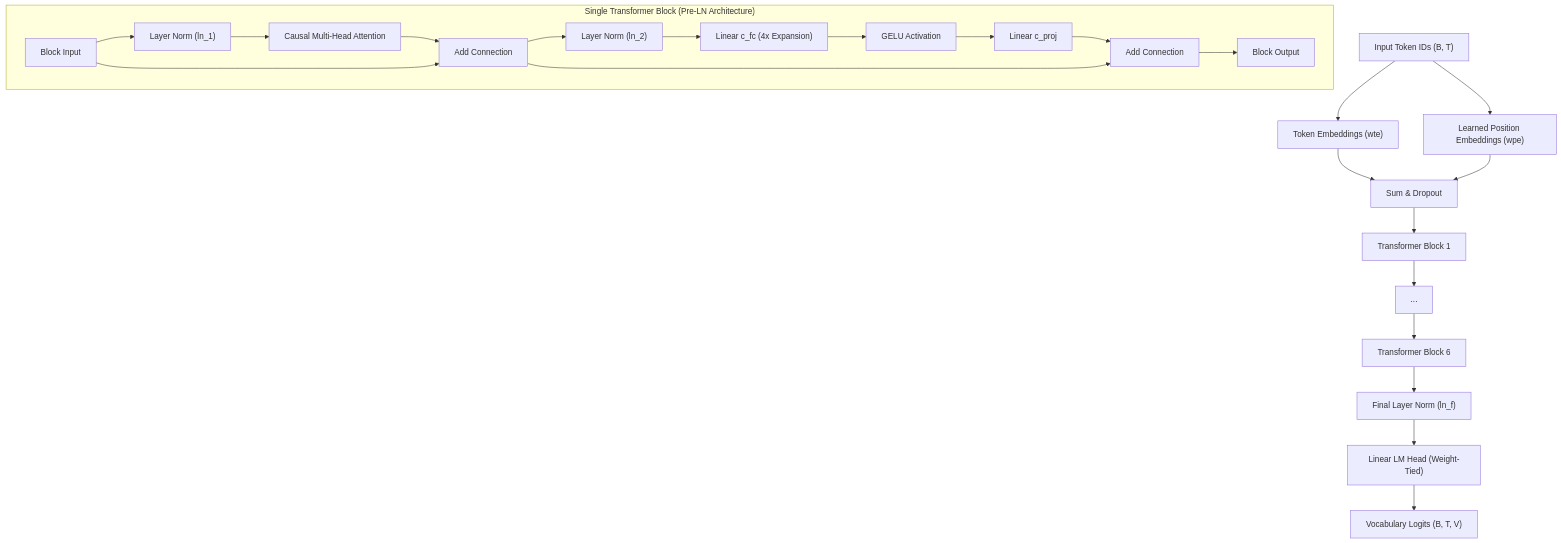
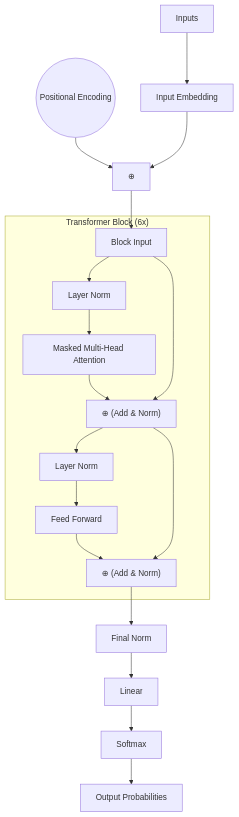
One commit to HAKR1K/GPT-2 changed the diagram in README.md. Above: the diagram before and after it, drawn with Mermaid.

Commit message:
docs: adapt architecture diagram to decoder-only layout matching standard style

````diff
--- a/README.md
+++ b/README.md
@@ -23,34 +23,28 @@
 ```mermaid
 graph TD
-    %% Main Model Flow
-    Input["Input Token IDs (B, T)"] --> WTE["Token Embeddings (wte)"]
-    Input --> WPE["Learned Position Embeddings (wpe)"]
+    %% Input Layer
+    Inputs["Inputs"] --> InputEmb["Input Embedding"]
+    PosEnc(("Positional Encoding")) --> AddEmbed["⊕"]
+    InputEmb --> AddEmbed
     
-    WTE --> Add["Sum & Dropout"]
-    WPE --> Add
+    AddEmbed --> BlockInput["Block Input"]
+
+    %% Transformer Block Subgraph (Decoder-Only Pre-LN)
+    subgraph Block ["Transformer Block (6x)"]
+        BlockInput --> LN1["Layer Norm"]
+        LN1 --> MHA["Masked Multi-Head Attention"]
+        MHA --> Add1["⊕ (Add & Norm)"]
+        BlockInput --> Add1
+        
+        Add1 --> LN2["Layer Norm"]
+        LN2 --> FF["Feed Forward"]
+        FF --> Add2["⊕ (Add & Norm)"]
+        Add1 --> Add2
+    end
     
-    Add --> Block1["Transformer Block 1"]
-    Block1 --> BlockDots["..."]
-    BlockDots --> Block6["Transformer Block 6"]
-    
-    Block6 --> LNF["Final Layer Norm (ln_f)"]
-    LNF --> Head["Linear LM Head (Weight-Tied)"]
-    Head --> Logits["Vocabulary Logits (B, T, V)"]
-
-    %% Detailed block subgraph
-    subgraph Block ["Single Transformer Block (Pre-LN Architecture)"]
-        BlockIn["Block Input"] --> LN1["Layer Norm (ln_1)"]
-        LN1 --> MHA["Causal Multi-Head Attention"]
-        MHA --> AddResidual1["Add Connection"]
-        BlockIn --> AddResidual1
-        
-        AddResidual1 --> LN2["Layer Norm (ln_2)"]
-        LN2 --> FC["Linear c_fc (4x Expansion)"]
-        FC --> Act["GELU Activation"]
-        Act --> Proj["Linear c_proj"]
-        Proj --> AddResidual2["Add Connection"]
-        AddResidual1 --> AddResidual2
-        
-        AddResidual2 --> BlockOut["Block Output"]
-    end
+    %% Output Layer
+    Add2 --> FinalLN["Final Norm"]
+    FinalLN --> Linear["Linear"]
+    Linear --> Softmax["Softmax"]
+    Softmax --> Outputs["Output Probabilities"]
 ```
````
